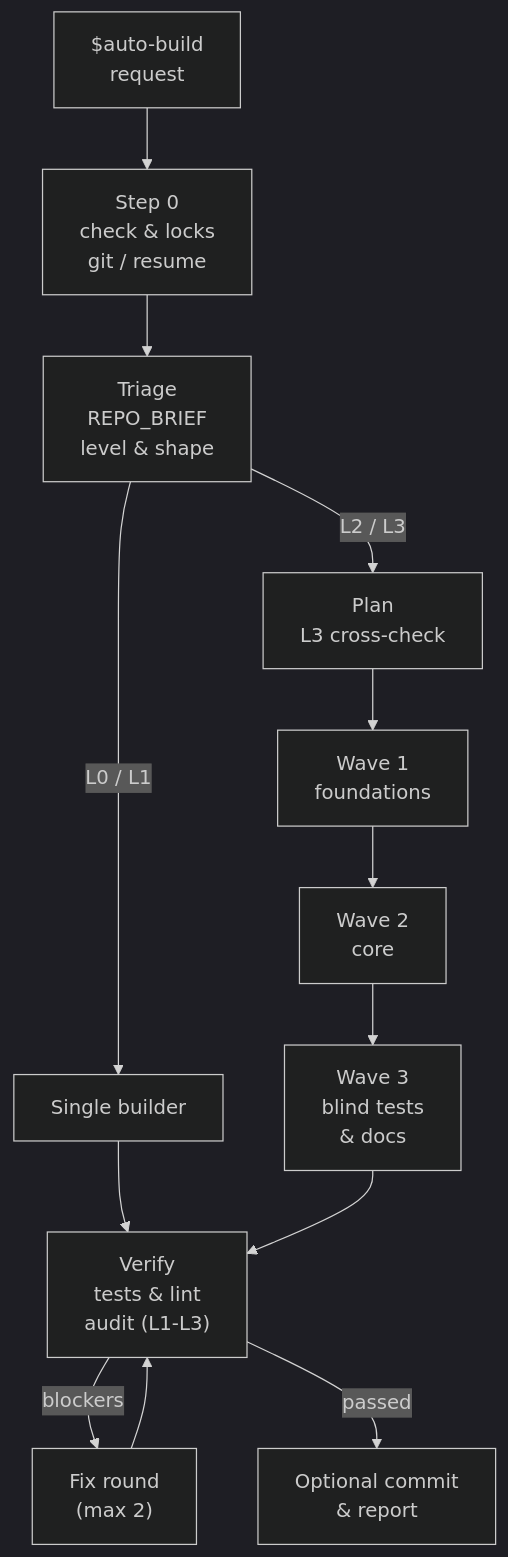
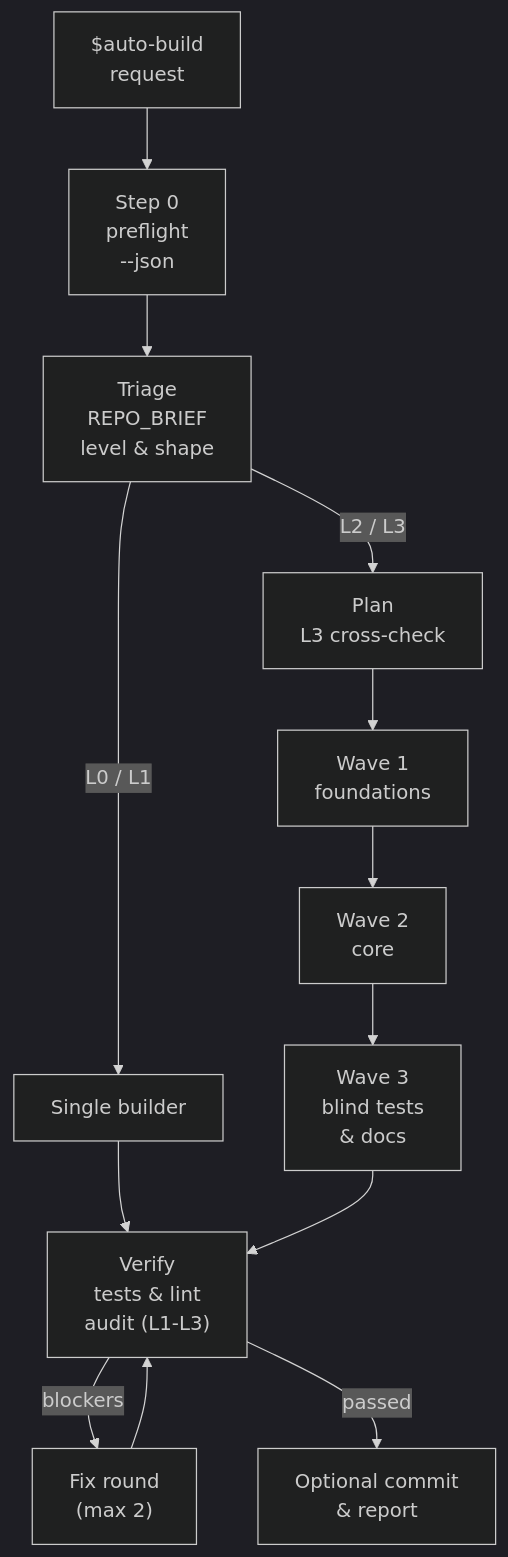
Before and after one commit to mirceas94/T3-auto-build: the diagram in README.md, drawn with Mermaid (dark theme). The commit also changed other lines of this file and 46 other files, not shown here.

Commit message:
feat!: release v3.0.0 (slim skill, preflight, schema v3, telemetry, doctor --fix)

````diff
--- a/README.md
+++ b/README.md
@@ -352,15 +383,15 @@
 ```mermaid
 flowchart TD
-  S["$auto-build<br/>request"] --> S0["Step 0<br/>check &amp; locks<br/>git / resume"]
+  S["$auto-build<br/>request"] --> S0["Step 0<br/>preflight<br/>--json"]
   S0 --> T["Triage<br/>REPO_BRIEF<br/>level &amp; shape"]
   T -->|"L0 / L1"| B1["Single builder"]
   T -->|"L2 / L3"| P["Plan<br/>L3 cross-check"]
   P --> W1["Wave 1<br/>foundations"]
   W1 --> W2["Wave 2<br/>core"]
   W2 --> W3["Wave 3<br/>blind tests<br/>&amp; docs"]
   B1 --> V["Verify<br/>tests &amp; lint<br/>audit (L1-L3)"]
   W3 --> V
   V -->|"blockers"| F["Fix round<br/>(max 2)"]
   F --> V
   V -->|"passed"| R["Optional commit<br/>&amp; report"]
 ```
````
